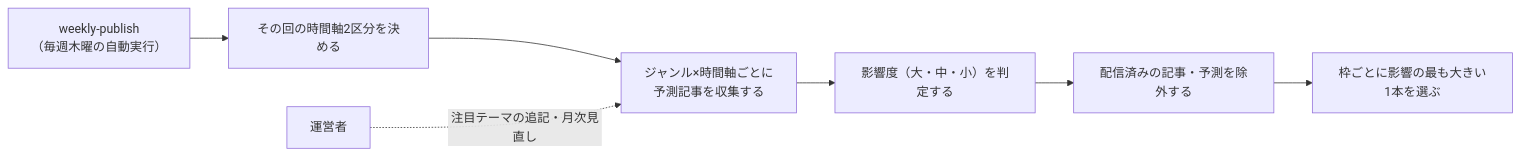
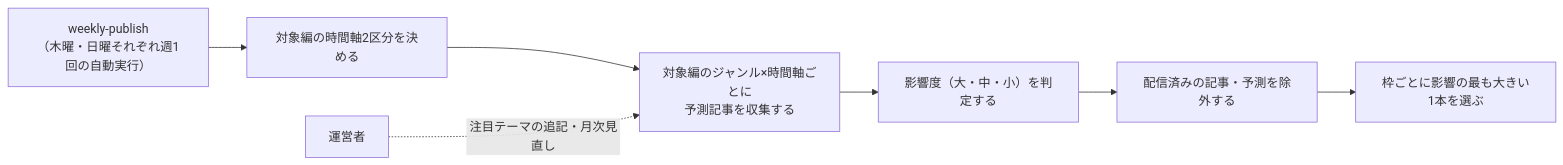
One commit to zakiyama0108/benriyatool changed the diagram in specs/future-digest/content-selection/requirements.md. Above: the diagram before and after it, drawn with Mermaid. The commit also changed other lines of this file and 37 other files, not shown here.

````diff
--- a/specs/future-digest/content-selection/requirements.md
+++ b/specs/future-digest/content-selection/requirements.md
@@ -18,17 +21,17 @@
 ```mermaid
 flowchart LR
     operator["運営者"]
-    weeklyPublish["weekly-publish<br>（毎週木曜の自動実行）"]
-    decideAxes["その回の時間軸2区分を決める"]
-    collect["ジャンル×時間軸ごとに<br>予測記事を収集する"]
+    weeklyPublish["weekly-publish<br>（木曜・日曜それぞれ週1回の自動実行）"]
+    decideAxes["対象編の時間軸2区分を決める"]
+    collect["対象編のジャンル×時間軸ごとに<br>予測記事を収集する"]
     rateImpact["影響度（大・中・小）を判定する"]
     excludeDup["配信済みの記事・予測を除外する"]
     pickTop["枠ごとに影響の最も大きい1本を選ぶ"]
 
     weeklyPublish --> decideAxes
     decideAxes --> collect
     collect --> rateImpact
     rateImpact --> excludeDup
     excludeDup --> pickTop
     operator -.->|注目テーマの追記・月次見直し| collect
 ```
````
